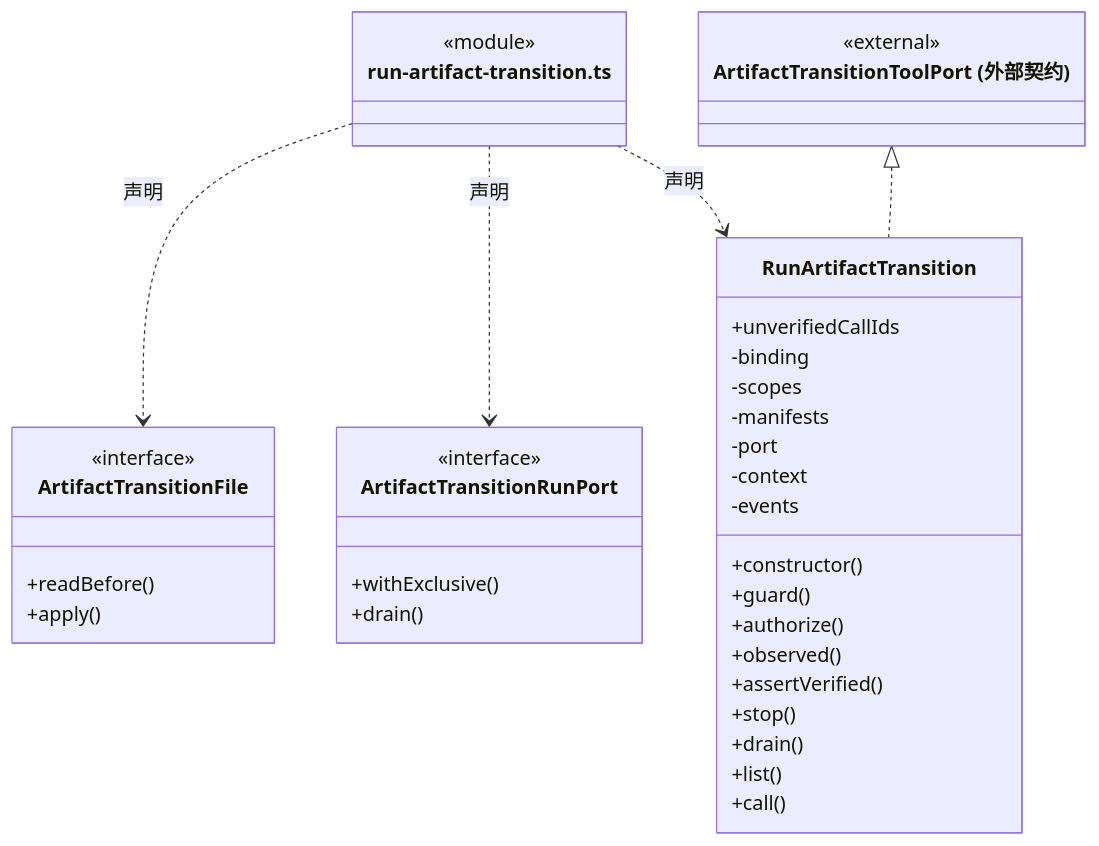
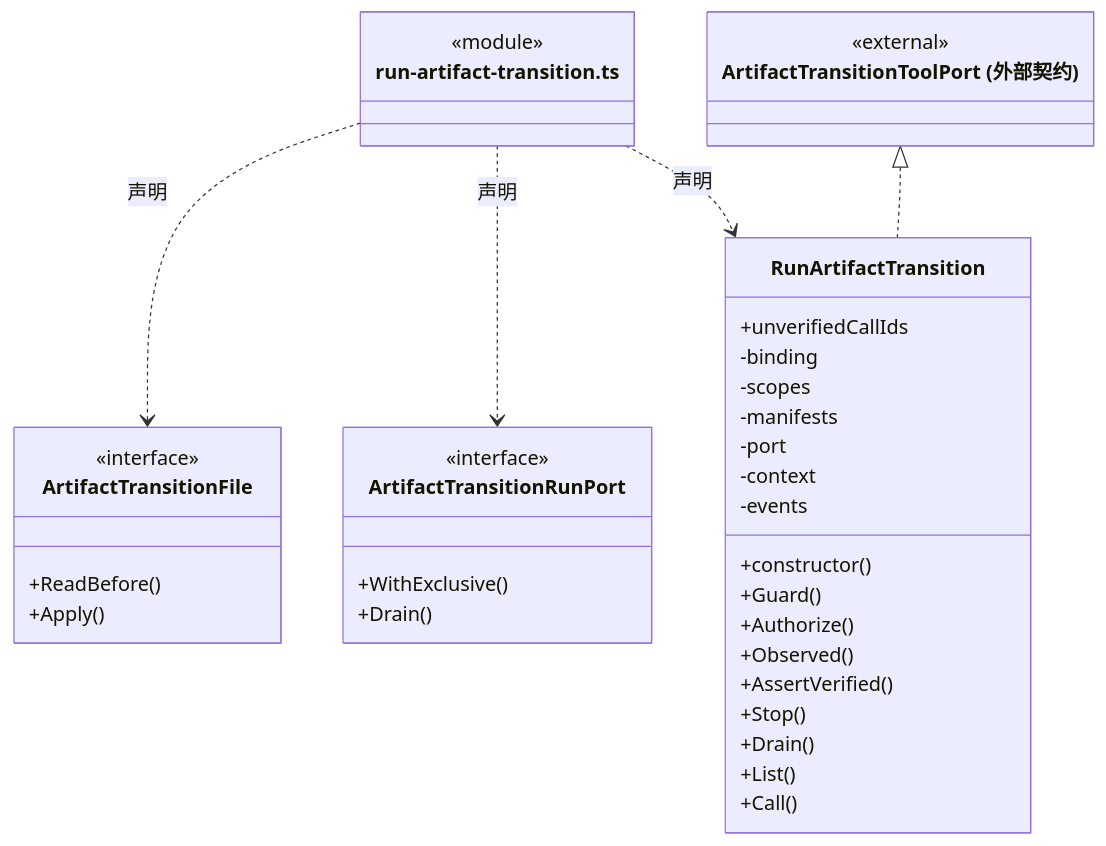
The seventh of 18 diagrams in src/logic/execution/rules/capabilities/ARCHITECTURE.md (nan023062/cbim), drawn with Mermaid before and after one commit. The commit also changed other lines of this file and 1035 other files, not shown here.

````diff
--- a/src/logic/execution/rules/capabilities/ARCHITECTURE.md
+++ b/src/logic/execution/rules/capabilities/ARCHITECTURE.md
@@ -182,41 +182,41 @@
 ```mermaid
 classDiagram
 class N_src_logic_execution_rules_capabilities_run_artifact_transition_ts["run-artifact-transition.ts"] {
   <<module>>
 }
 class N_src_logic_execution_rules_capabilities_run_artifact_transition_ts_ArtifactTransitionFile["ArtifactTransitionFile"] {
   <<interface>>
-  +readBefore()
-  +apply()
+  +ReadBefore()
+  +Apply()
 }
 N_src_logic_execution_rules_capabilities_run_artifact_transition_ts ..> N_src_logic_execution_rules_capabilities_run_artifact_transition_ts_ArtifactTransitionFile : 声明
 class N_src_logic_execution_rules_capabilities_run_artifact_transition_ts_ArtifactTransitionRunPort["ArtifactTransitionRunPort"] {
   <<interface>>
-  +withExclusive()
-  +drain()
+  +WithExclusive()
+  +Drain()
 }
 N_src_logic_execution_rules_capabilities_run_artifact_transition_ts ..> N_src_logic_execution_rules_capabilities_run_artifact_transition_ts_ArtifactTransitionRunPort : 声明
 class N_src_logic_execution_rules_capabilities_run_artifact_transition_ts_RunArtifactTransition["RunArtifactTransition"] {
   +constructor()
-  +guard()
-  +authorize()
-  +observed()
+  +Guard()
+  +Authorize()
+  +Observed()
   +unverifiedCallIds
-  +assertVerified()
-  +stop()
-  +drain()
-  +list()
-  +call()
+  +AssertVerified()
+  +Stop()
+  +Drain()
+  +List()
+  +Call()
   -binding
   -scopes
   -manifests
   -port
   -context
   -events
 }
 N_src_logic_execution_rules_capabilities_run_artifact_transition_ts ..> N_src_logic_execution_rules_capabilities_run_artifact_transition_ts_RunArtifactTransition : 声明
 class N_src_logic_execution_rules_capabilities_run_artifact_transition_ts_external_ArtifactTransitionToolPort["ArtifactTransitionToolPort (外部契约)"] {
   <<external>>
 }
 N_src_logic_execution_rules_capabilities_run_artifact_transition_ts_external_ArtifactTransitionToolPort <|.. N_src_logic_execution_rules_capabilities_run_artifact_transition_ts_RunArtifactTransition
 ```
````
